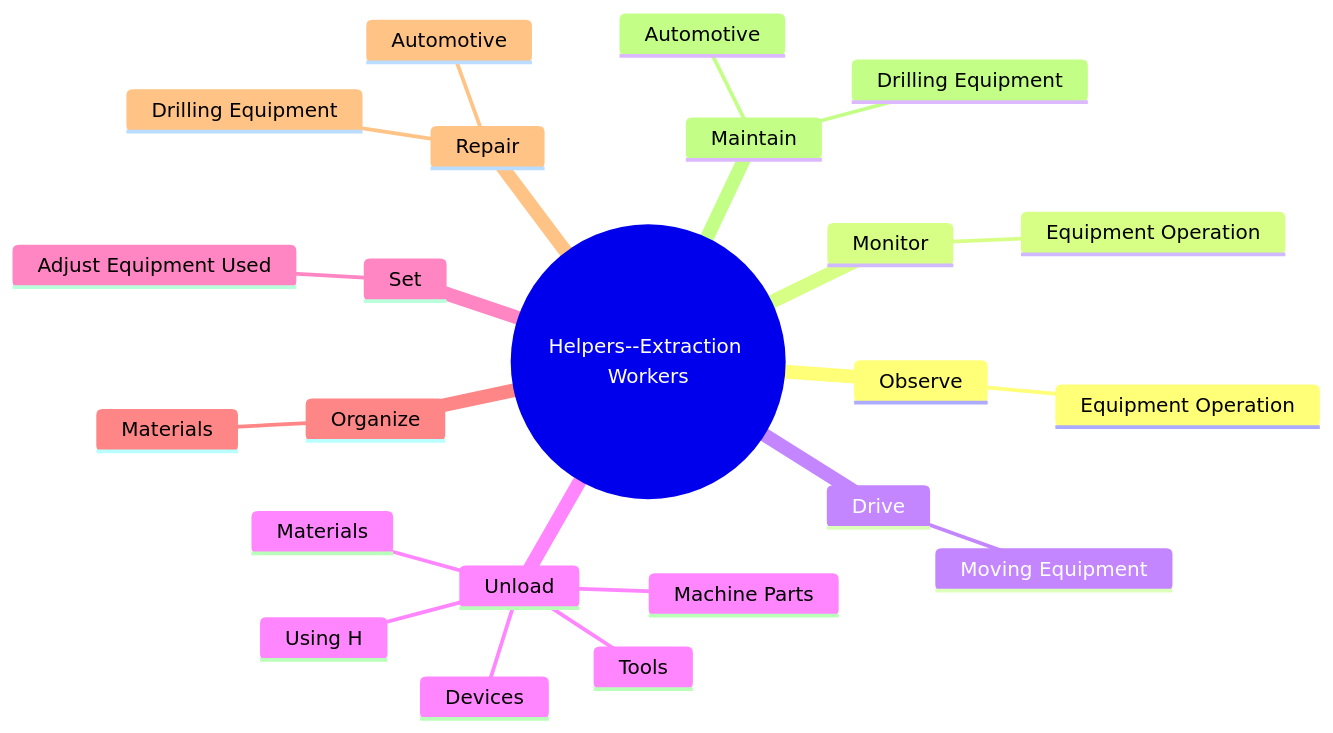
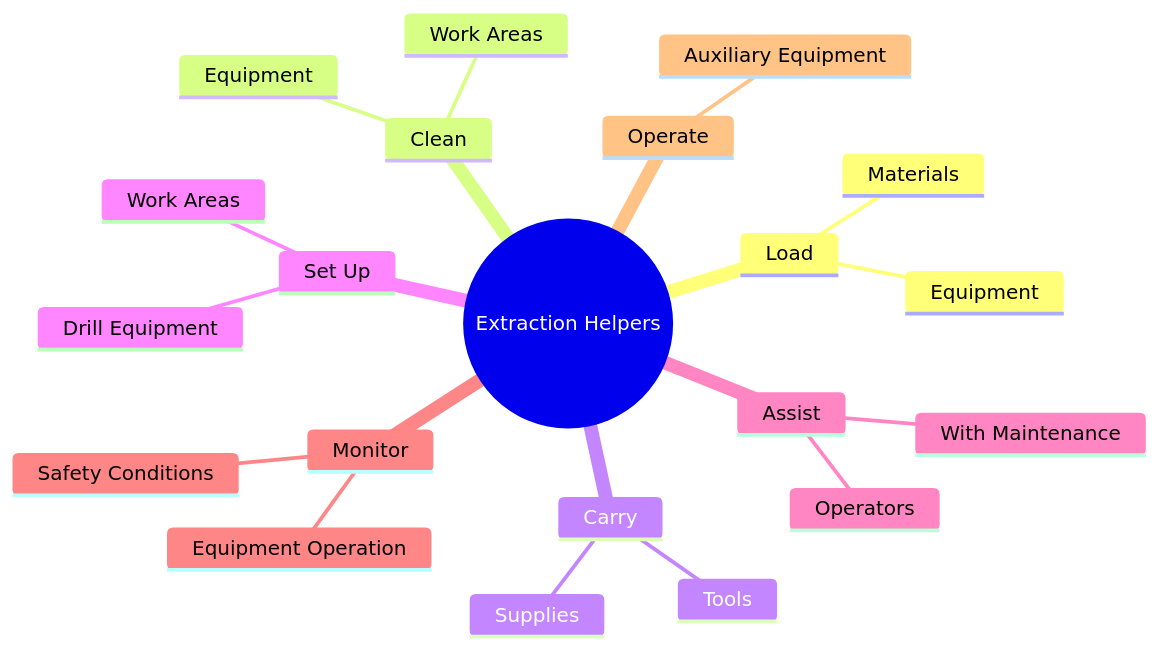
The second of 4 diagrams in occupations/Construction/HelpersExtractionWorkers.mdx (kziemski/business.org.ai), drawn with Mermaid before and after one commit. The commit also changed other lines of this file and 938 other files, not shown here.

````diff
--- a/occupations/Construction/HelpersExtractionWorkers.mdx
+++ b/occupations/Construction/HelpersExtractionWorkers.mdx
@@ -37,26 +46,24 @@
 ```mermaid
 mindmap
-    root(("Helpers--Extraction Workers"))
-        Observe
-            Equipment Operation
+    root(("Extraction Helpers"))
+        Load
+            Materials
+            Equipment
+        Clean
+            Equipment
+            Work Areas
+        Carry
+            Tools
+            Supplies
+        Set Up
+            Drill Equipment
+            Work Areas
+        Assist
+            Operators
+            With Maintenance
         Monitor
             Equipment Operation
-        Drive
-            Moving Equipment
-        Unload
-            Materials
-            Devices
-            Machine Parts
-            Using H
-            Tools
-        Set
-            Adjust Equipment Used
-        Organize
-            Materials
-        Repair
-            Automotive
-            Drilling Equipment
-        Maintain
-            Automotive
-            Drilling Equipment
+            Safety Conditions
+        Operate
+            Auxiliary Equipment
 ```
````
